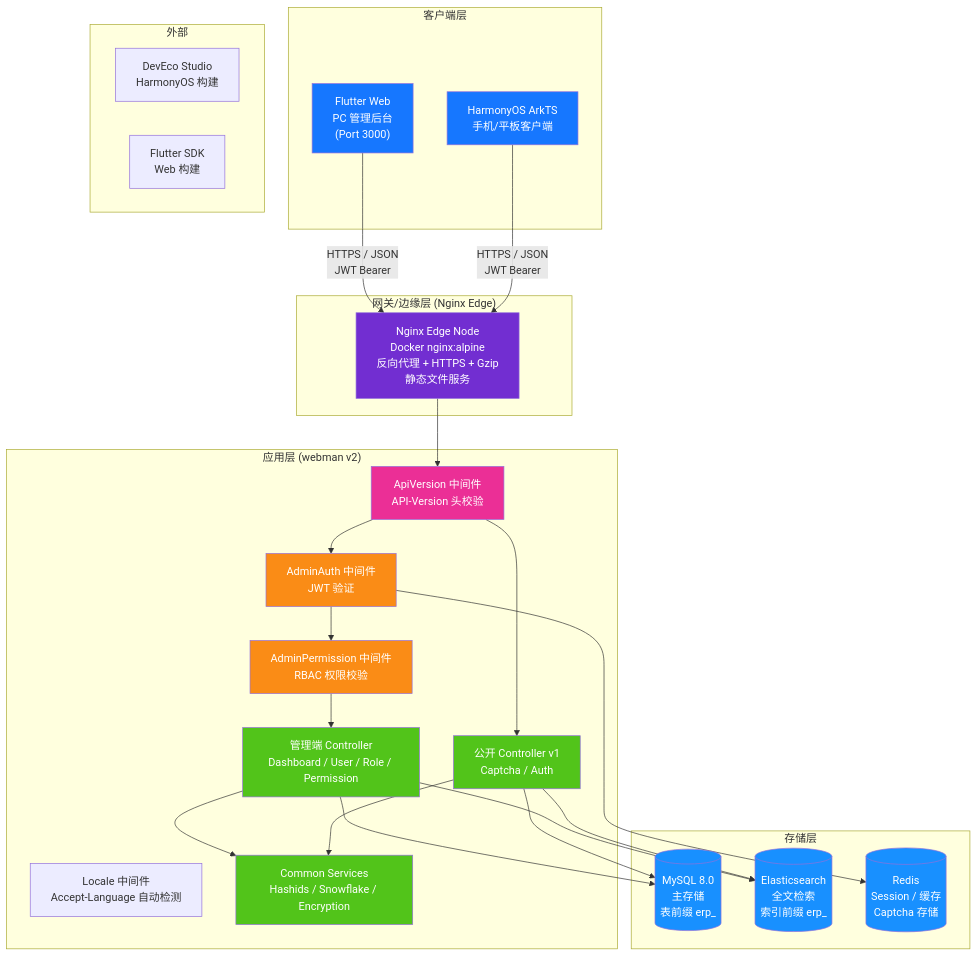
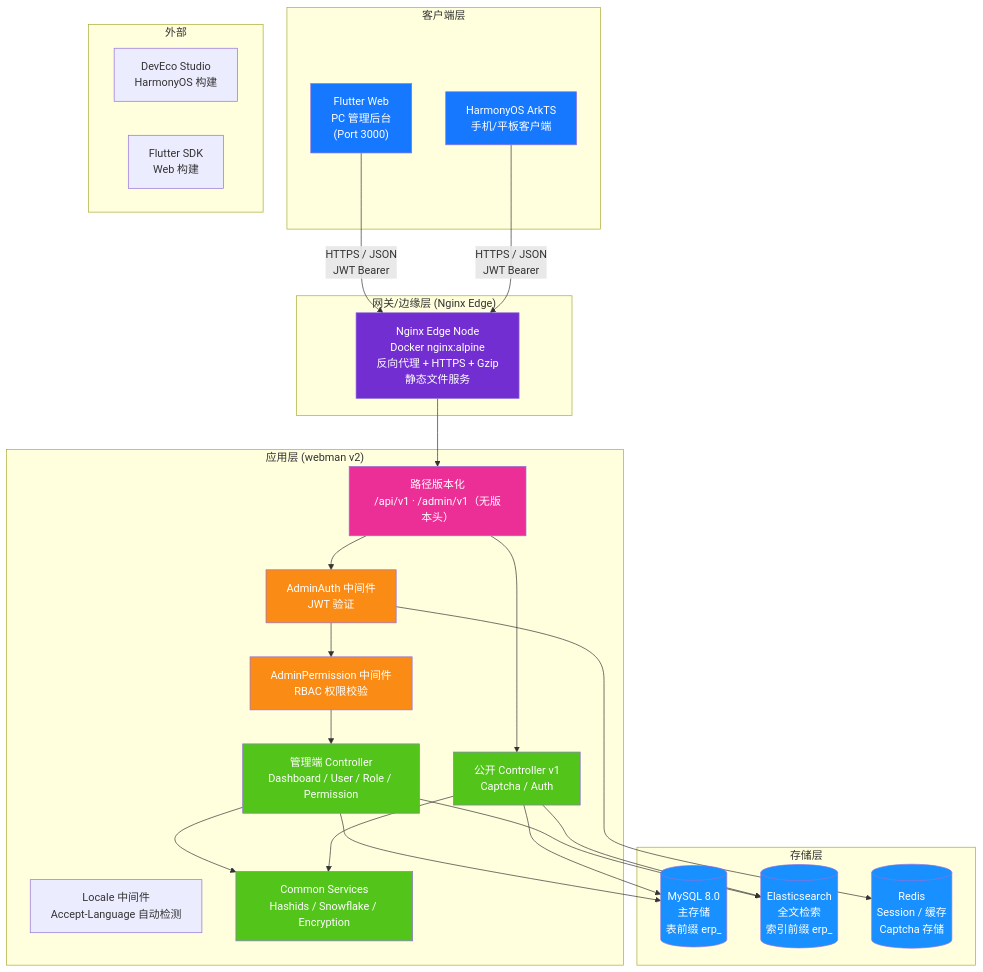
One commit to erikwang2013/erp-php changed the first of 20 diagrams in docs/ARCHITECTURE.md. Above: the diagram before and after it, drawn with Mermaid. The commit also changed other lines of this file and 16 other files, not shown here.

Commit message:
文档：项目结构与计数 v1.4.0 事实校正 + 全站路径版本化说明清扫（README 结构树补新域 136 控制器/23 域；226 表/223 模型/11 中间件；SECURITY CORS 去 API-Version；11 语 README 旧 curl 块清理；FEATURE_DESIGN/CLAUDE/ARCHITECTURE 版本说明）

````diff
--- a/docs/ARCHITECTURE.md
+++ b/docs/ARCHITECTURE.md
@@ -11,60 +11,60 @@
 ```mermaid
 flowchart TB
     subgraph "客户端层"
         A1["Flutter Web<br/>PC 管理后台<br/>(Port 3000)"]
         A2["HarmonyOS ArkTS<br/>手机/平板客户端"]
     end
 
     subgraph "网关/边缘层 (Nginx Edge)"
         B1["Nginx Edge Node<br/>Docker nginx:alpine<br/>反向代理 + HTTPS + Gzip<br/>静态文件服务"]
     end
 
     subgraph "应用层 (webman v2)"
         C_LOC["Locale 中间件<br/>Accept-Language 自动检测"]
-        C0["ApiVersion 中间件<br/>API-Version 头校验"]
+        C0["路径版本化<br/>/api/v1 · /admin/v1（无版本头）"]
         C1["AdminAuth 中间件<br/>JWT 验证"]
         C2["AdminPermission 中间件<br/>RBAC 权限校验"]
         C3["管理端 Controller<br/>Dashboard / User / Role / Permission"]
         C4["公开 Controller v1<br/>Captcha / Auth"]
         C5["Common Services<br/>Hashids / Snowflake / Encryption"]
     end
 
     subgraph "存储层"
         D1[("MySQL 8.0<br/>主存储<br/>表前缀 erp_")]
         D2[("Elasticsearch<br/>全文检索<br/>索引前缀 erp_")]
         D3[("Redis<br/>Session / 缓存<br/>Captcha 存储")]
     end
 
     subgraph "外部"
         E1["DevEco Studio<br/>HarmonyOS 构建"]
         E2["Flutter SDK<br/>Web 构建"]
     end
 
     A1 -->|"HTTPS / JSON<br/>JWT Bearer"| B1
     A2 -->|"HTTPS / JSON<br/>JWT Bearer"| B1
     B1 --> C0
     C0 --> C1
     C1 --> C2
     C2 --> C3
     C0 --> C4
     C3 --> C5
     C4 --> C5
     C3 --> D1
     C4 --> D1
     C3 --> D2
     C4 --> D2
     C1 --> D3
 
     style A1 fill:#1677FF,color:#fff
     style A2 fill:#1677FF,color:#fff
     style B1 fill:#722ED1,color:#fff
     style C0 fill:#EB2F96,color:#fff
     style C1 fill:#FA8C16,color:#fff
     style C2 fill:#FA8C16,color:#fff
     style C3 fill:#52C41A,color:#fff
     style C4 fill:#52C41A,color:#fff
     style C5 fill:#52C41A,color:#fff
     style D1 fill:#1890FF,color:#fff
     style D2 fill:#1890FF,color:#fff
     style D3 fill:#1890FF,color:#fff
 ```
````
